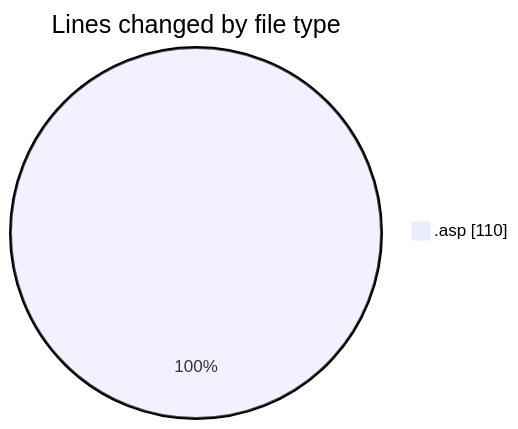
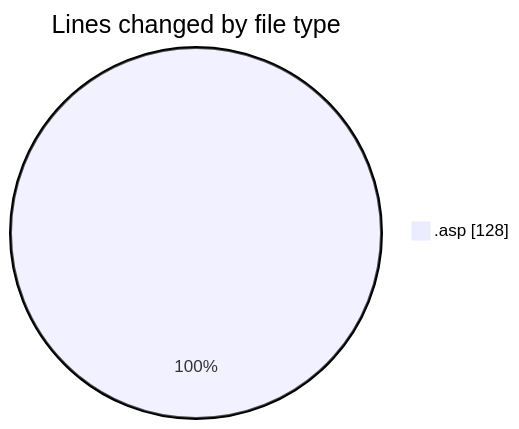
One commit to julien-gomy/code-tracking changed the first of 2 diagrams in 2025-11-28/cdp_aleoudev_fr__workspace_/README.md. Above: the diagram before and after it, drawn with Mermaid. The commit also changed other lines of this file and 1 other file, not shown here.

````diff
--- a/2025-11-28/cdp_aleoudev_fr__workspace_/README.md
+++ b/2025-11-28/cdp_aleoudev_fr__workspace_/README.md
@@ -21,5 +21,5 @@
 ```mermaid
 pie showData
 title Lines changed by file type
-".asp" : 110
+".asp" : 128
 ```
````
